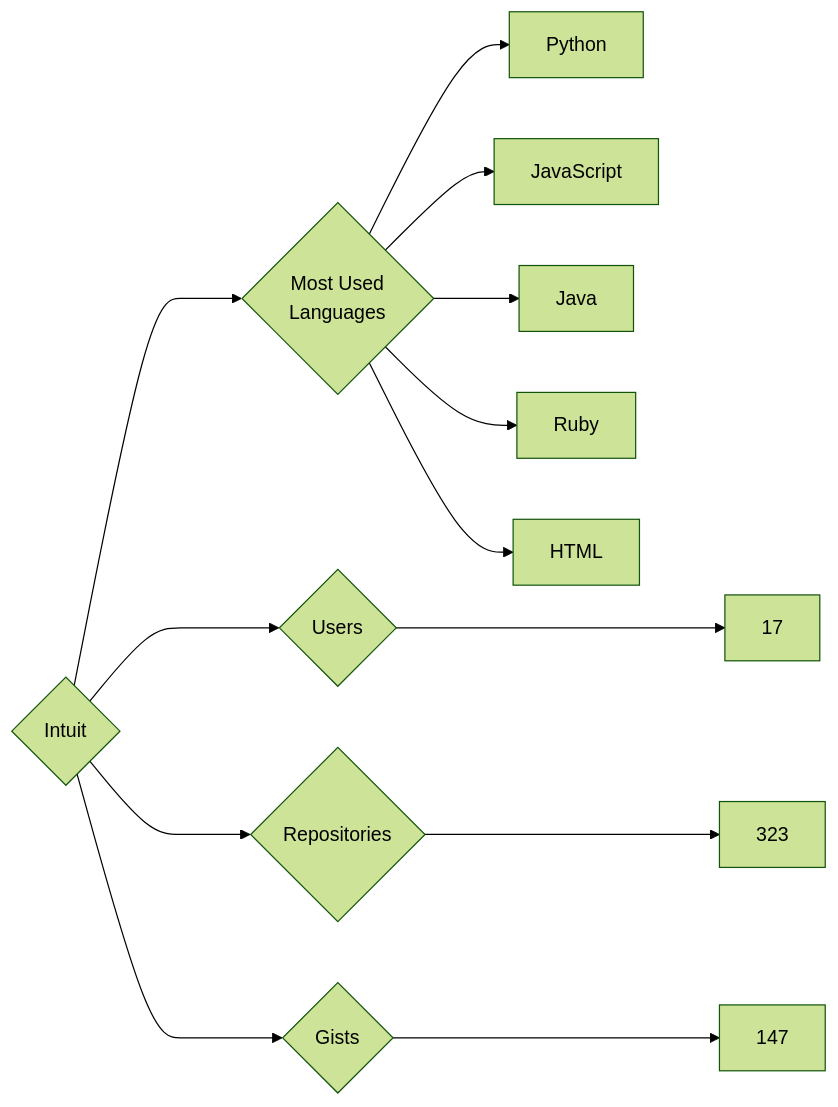
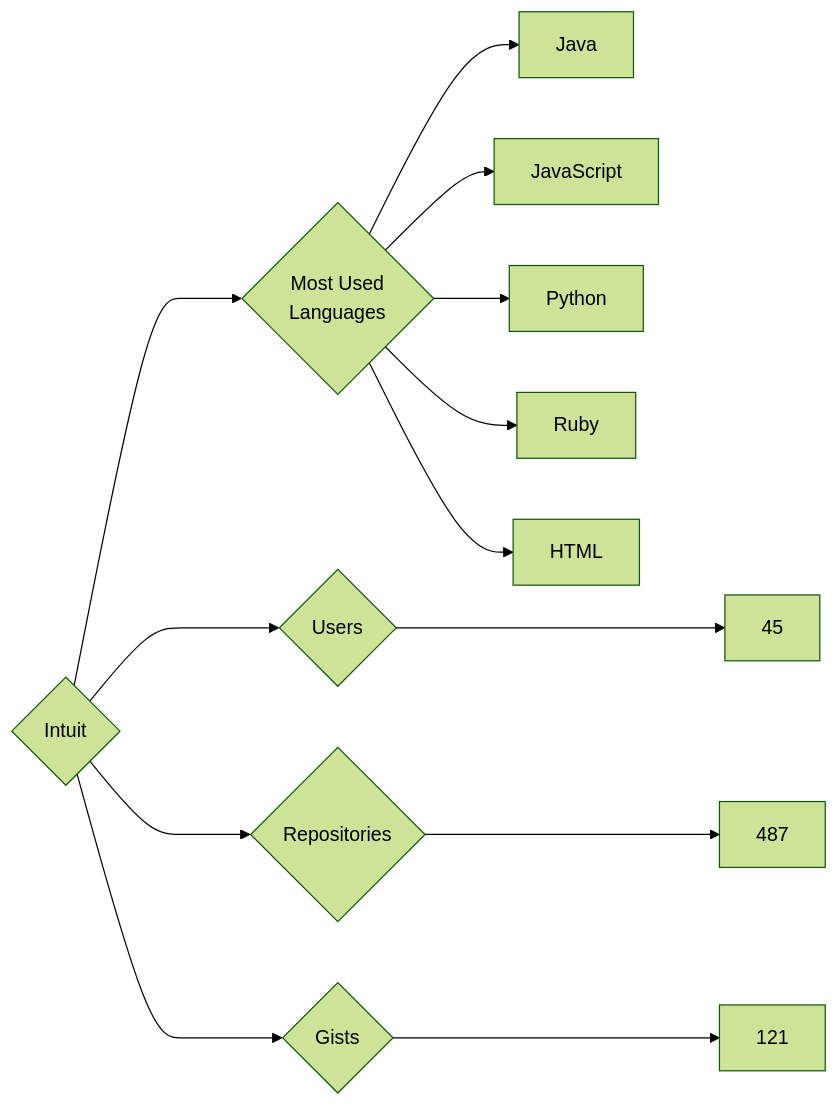
Before and after one commit to trickest/insiders: the diagram in targets/Intuit/README.md, drawn with Mermaid (forest theme). The commit also changed 1084 other files, not shown here.

````diff
--- a/targets/Intuit/README.md
+++ b/targets/Intuit/README.md
@@ -3,13 +3,13 @@
 ```mermaid
 graph LR
 COMPANY_NAME{Intuit}
-COMPANY_NAME ---> U{Users} ---> UN[17]
-COMPANY_NAME ---> R{Repositories} ---> RN[323]
-COMPANY_NAME ---> G{Gists} ---> GN[147]
+COMPANY_NAME ---> U{Users} ---> UN[45]
+COMPANY_NAME ---> R{Repositories} ---> RN[487]
+COMPANY_NAME ---> G{Gists} ---> GN[121]
 COMPANY_NAME ---> ML{Most Used<br>Languages}
+ML --> Java[Java]
+ML --> JavaScript[JavaScript]
 ML --> Python[Python]
-ML --> JavaScript[JavaScript]
-ML --> Java[Java]
 ML --> Ruby[Ruby]
 ML --> HTML[HTML]
 ```
````
